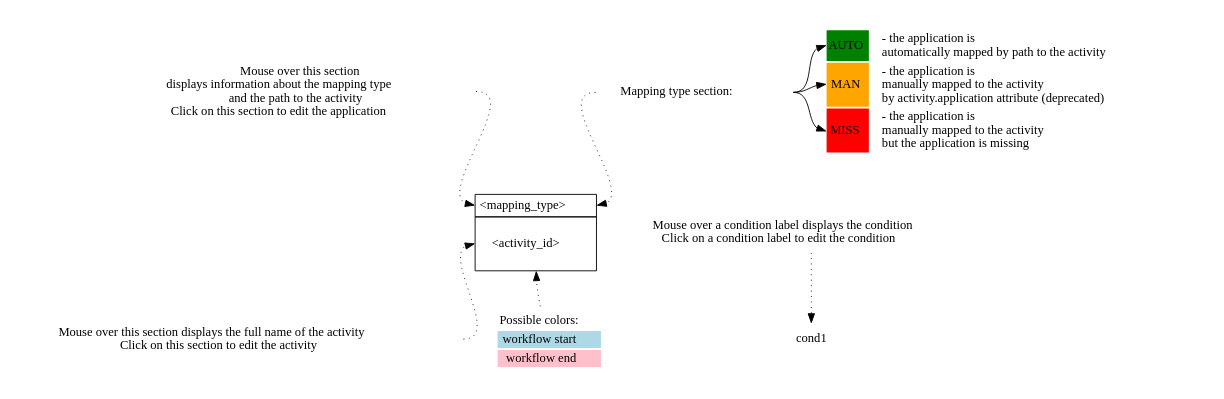
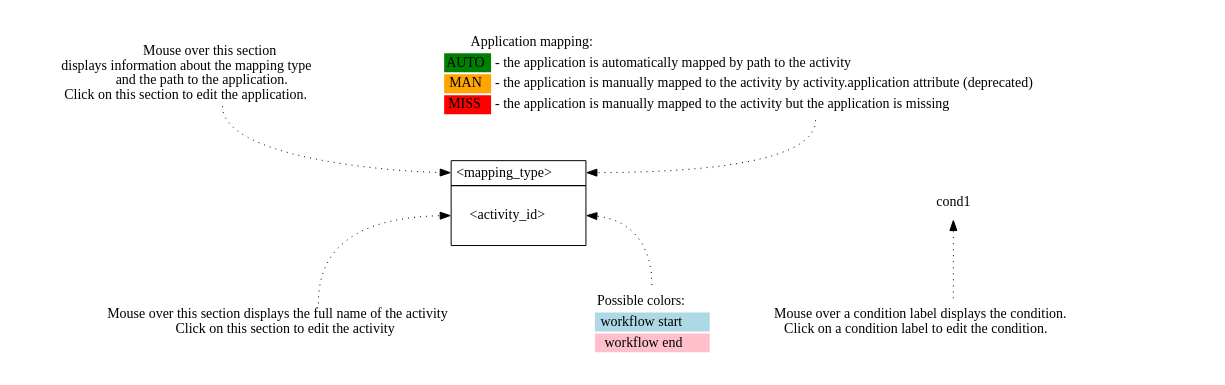
The diagram in Products/Reportek/www/workflow_graph_description.dot (eea/Products.Reportek), drawn with Graphviz before and after one commit.

Commit message:
reorganize description graph

```diff
--- a/Products/Reportek/www/workflow_graph_description.dot
+++ b/Products/Reportek/www/workflow_graph_description.dot
@@ -1,113 +1,97 @@
 digraph structs {
     size = "10,5"
     rankdir = "TB"
     node [shape=plaintext]
 
     sample_box [label=<
 <TABLE BORDER="0" CELLBORDER="1" CELLSPACING="0" CELLPADDING="4">
   <TR>
     <TD PORT="app">&lt;mapping_type&gt;</TD>
   </TR>
   <TR>
     <TD HEIGHT="60" PORT="activity">&lt;activity_id&gt;</TD>
   </TR>
 </TABLE>>];
 
+    tag_desc [label=<
+<TABLE CELLBORDER="0" BORDER="0">
+  <TR>
+    <TD PORT="desc" COLSPAN="2" ALIGN="left">
+        Application mapping:
+    </TD>
+  </TR>
+  <TR>
+    <TD BGCOLOR="#008000">AUTO</TD>
+    <TD ALIGN="LEFT" BALIGN="LEFT">- the application is automatically mapped by path to the activity
+    </TD>
+  </TR>
+  <TR>
+    <TD BGCOLOR="orange">MAN</TD>
+    <TD ALIGN="LEFT" BALIGN="LEFT">- the application is manually mapped to the activity by activity.application attribute (deprecated)</TD>
+  </TR>
+  <TR>
+    <TD BGCOLOR="red">MISS</TD>
+    <TD ALIGN="LEFT" BALIGN="LEFT">- the application is manually mapped to the activity but the application is missing</TD>
+  </TR>
+</TABLE>>];
+
     tag_actions_desc [label=<
 <TABLE CELLBORDER="0" BORDER="0">
   <TR>
     <TD PORT="desc">
         Mouse over this section<BR/>displays information about the mapping type<BR/>
-        and the path to the activity<BR/>
-        Click on this section to edit the application
+        and the path to the application.<BR/>
+        Click on this section to edit the application.
     </TD>
   </TR>
 </TABLE>>];
 
-    tag_desc [label=<
-<TABLE CELLBORDER="0" BORDER="0">
-  <TR>
-    <TD PORT="desc">
-        Mapping type section:
-    </TD>
-  </TR>
-</TABLE>>];
-
-  tags [label=<
-<TABLE CELLBORDER="0" BORDER="0">
-<TR>
-  <TD BGCOLOR="#008000" PORT="auto">AUTO</TD>
-  <TD ALIGN="LEFT" BALIGN="LEFT">
-    - the application is<BR/>
-    automatically mapped by path to the activity
-  </TD>
-</TR>
-<TR>
-  <TD BGCOLOR="orange" PORT="man">MAN</TD>
-  <TD ALIGN="LEFT" BALIGN="LEFT">
-    - the application is<BR/>
-    manually mapped to the activity<BR/>
-    by activity.application attribute (deprecated)</TD>
-</TR>
-<TR>
-  <TD BGCOLOR="red" PORT="miss">MISS</TD>
-  <TD ALIGN="LEFT" BALIGN="LEFT">
-    - the application is<BR/>
-    manually mapped to the activity<BR/>
-    but the application is missing</TD>
-</TR>
-</TABLE>>];
-
-
     levels = 3
     pad = 0.2
 
-    subgraph { rank=same tag_actions_desc tag_desc tags}
-    subgraph { sample_box }
+    subgraph { rank=same tag_desc tag_actions_desc }
+    cond [ label="cond1" ];
+    subgraph { rank=same sample_box cond }
 
     activity_actions_desc [label=<
 <TABLE CELLBORDER="0" BORDER="0">
   <TR>
     <TD PORT="desc">
         Mouse over this section displays the full name of the activity<BR/>
         Click on this section to edit the activity
     </TD>
   </TR>
 </TABLE>>];
 
     activity_color_desc [label=<
 <TABLE CELLBORDER="0" BORDER="0">
   <TR>
     <TD>Possible colors:</TD>
   </TR>
   <TR>
     <TD PORT="desc" BGCOLOR="lightblue">workflow start</TD>
   </TR>
   <TR>
     <TD PORT="desc" BGCOLOR="pink">workflow end</TD>
   </TR>
 </TABLE>>];
 
 
-    subgraph { rank=max activity_actions_desc activity_color_desc}
+    subgraph { rank=max activity_actions_desc activity_color_desc condition_actions_desc}
 
     condition_actions_desc [label=<
 <TABLE CELLBORDER="0" BORDER="0">
   <TR>
     <TD PORT="desc">
-        Mouse over a condition label displays the condition<BR/>
-        Click on a condition label to edit the condition
+        Mouse over a condition label displays the condition.<BR/>
+        Click on a condition label to edit the condition.
     </TD>
   </TR>
 </TABLE>>];
 
-    tag_desc:desc:w -> sample_box:app:e [style=dotted];
-    tag_actions_desc:desc:e -> sample_box:app:w [style=dotted];
-    tag_desc:desc:e -> tags:auto:w;
-    tag_desc:desc:e -> tags:man:w;
-    tag_desc:desc:e -> tags:miss:w;
-    activity_actions_desc:desc:e -> sample_box:activity:w [style=dotted];
-    cond [ label="cond1" ];
+    tag_desc:s -> sample_box:app:e [style=dotted];
+    tag_actions_desc:desc:s -> sample_box:app:w [style=dotted];
+    activity_actions_desc:desc:n -> sample_box:activity:w [style=dotted];
     condition_actions_desc -> cond [style=dotted];
-    activity_color_desc -> sample_box:activity [style=dotted];
+    activity_color_desc:n -> sample_box:activity [style=dotted];
 }
```
